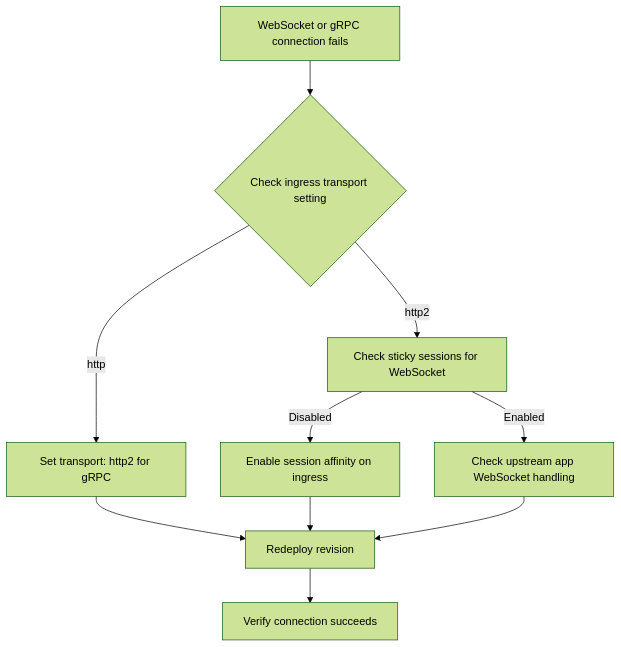
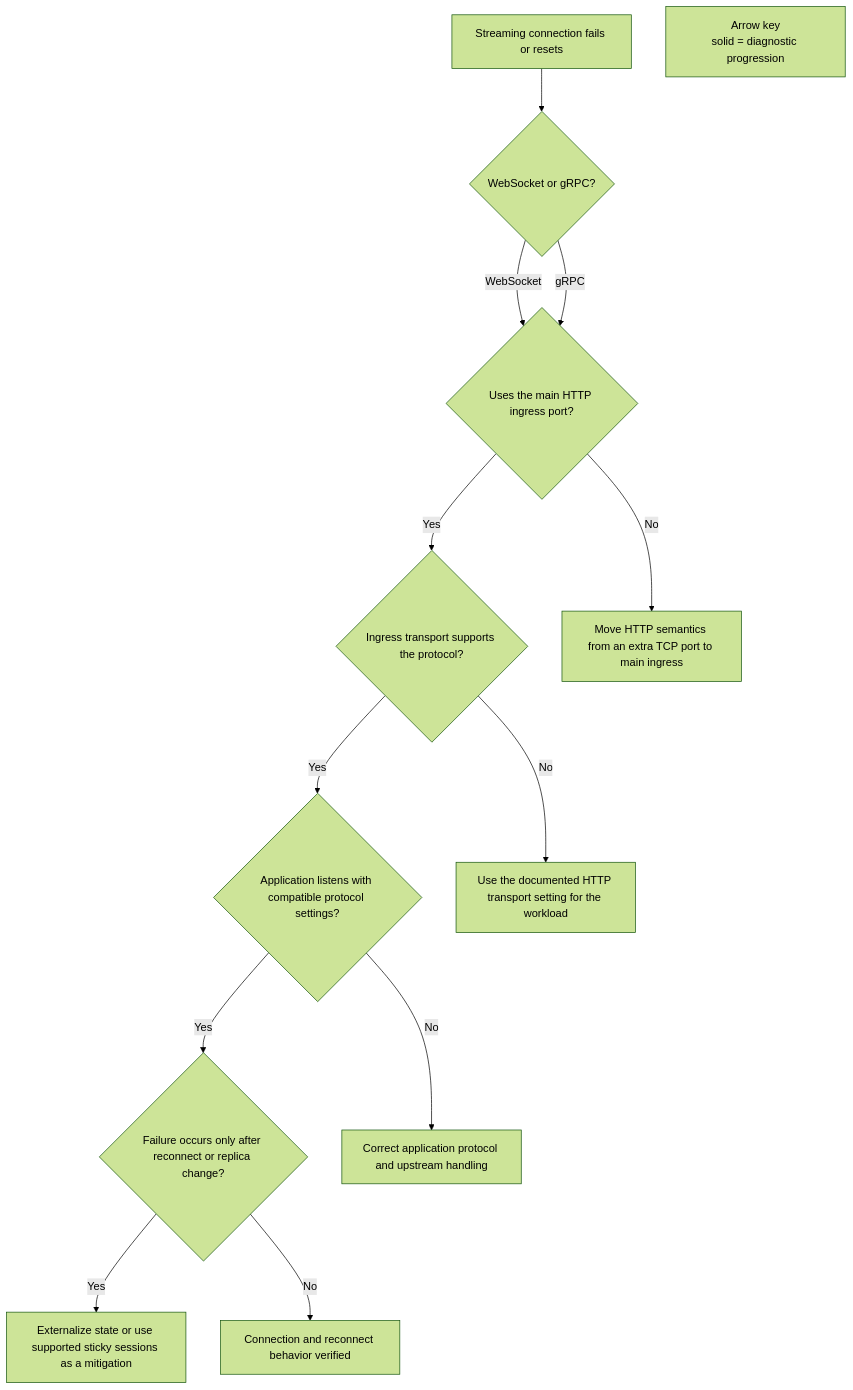
The diagram in docs/troubleshooting/playbooks/networking-advanced/websocket-grpc-ingress.md (yeongseon/azure-container-apps-practical-guide), drawn with Mermaid (forest theme) before and after one commit. The commit also changed other lines of this file and 23 other files, not shown here.

First line of the commit message:
docs(diagrams): migrate troubleshooting playbook diagrams (#626)

````diff
--- a/docs/troubleshooting/playbooks/networking-advanced/websocket-grpc-ingress.md
+++ b/docs/troubleshooting/playbooks/networking-advanced/websocket-grpc-ingress.md
@@ -26,12 +30,31 @@
 ```mermaid
 flowchart TD
-    A[WebSocket or gRPC connection fails] --> B{Check ingress transport setting}
-    B -->|http| C[Set transport: http2 for gRPC]
-    B -->|http2| D[Check sticky sessions for WebSocket]
-    C --> E[Redeploy revision]
-    D -->|Disabled| F[Enable session affinity on ingress]
-    D -->|Enabled| G[Check upstream app WebSocket handling]
-    F --> E
-    G --> E
-    E --> H[Verify connection succeeds]
+    accTitle: Diagnose WebSocket or gRPC ingress
+    accDescr: Classify the protocol, verify main HTTP ingress and its transport setting, then separate protocol negotiation from optional session affinity and application state.
+
+    FAILURE[Streaming connection fails or resets]
+    PROTOCOL{WebSocket or gRPC?}
+    MAIN{Uses the main HTTP ingress port?}
+    TRANSPORT{Ingress transport supports the protocol?}
+    APP{Application listens with compatible protocol settings?}
+    STATE{Failure occurs only after reconnect or replica change?}
+    PORT_FIX[Move HTTP semantics from an extra TCP port to main ingress]
+    TRANSPORT_FIX[Use the documented HTTP transport setting for the workload]
+    APP_FIX[Correct application protocol and upstream handling]
+    STATE_FIX[Externalize state or use supported sticky sessions as a mitigation]
+    SUCCESS[Connection and reconnect behavior verified]
+
+    FAILURE --> PROTOCOL
+    PROTOCOL -->|WebSocket| MAIN
+    PROTOCOL -->|gRPC| MAIN
+    MAIN -->|No| PORT_FIX
+    MAIN -->|Yes| TRANSPORT
+    TRANSPORT -->|No| TRANSPORT_FIX
+    TRANSPORT -->|Yes| APP
+    APP -->|No| APP_FIX
+    APP -->|Yes| STATE
+    STATE -->|Yes| STATE_FIX
+    STATE -->|No| SUCCESS
+
+    LEGEND["Arrow key<br/>solid = diagnostic progression"]
 ```
````
